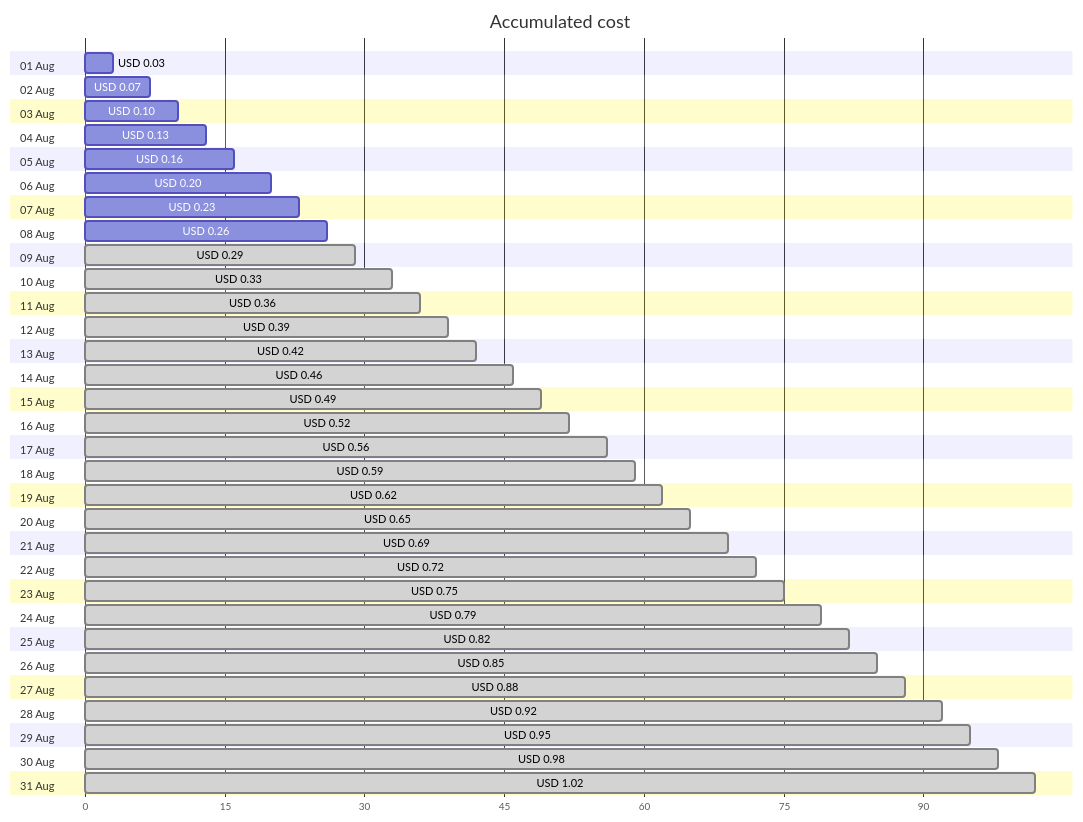
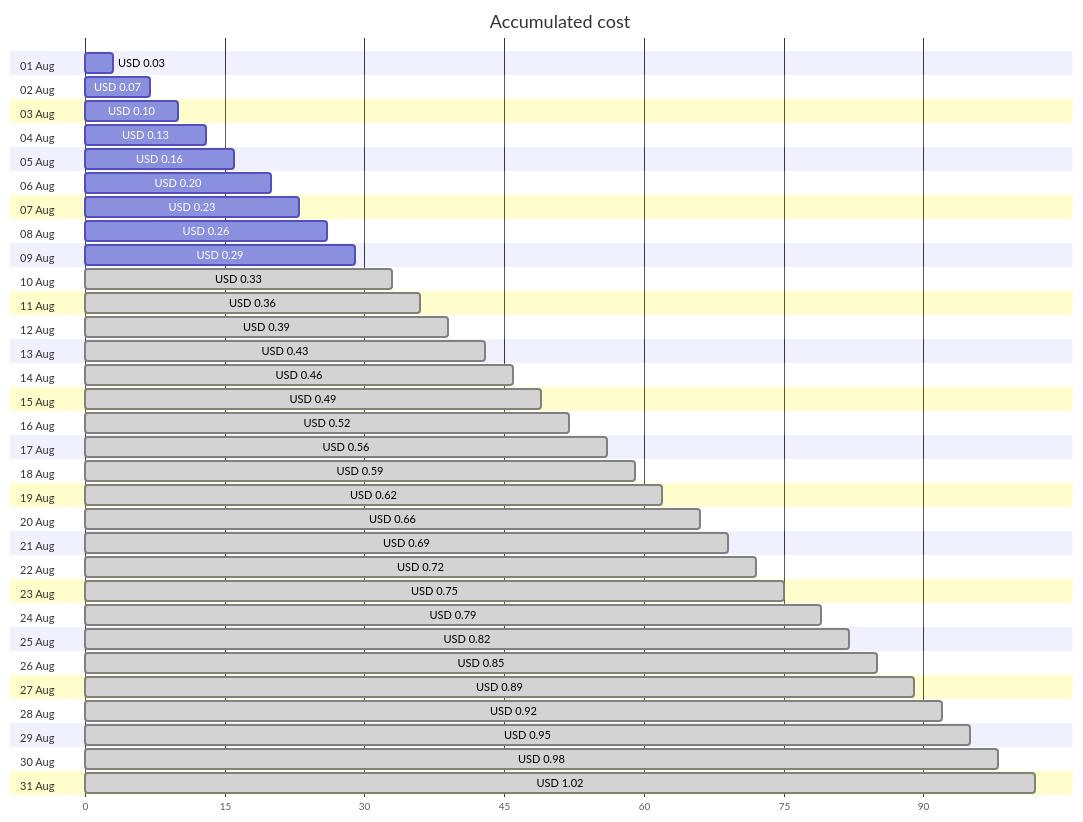
The first of 4 diagrams in cost-reports/personal-dns/README.md (jpfulton/azure-personal-reports), drawn with Mermaid before and after one commit. The commit also changed other lines of this file and 2 other files, not shown here.

````diff
--- a/cost-reports/personal-dns/README.md
+++ b/cost-reports/personal-dns/README.md
@@ -20,68 +20,68 @@
 ```mermaid
 gantt
    title Accumulated cost
    dateFormat  X
    axisFormat %s
    section 01 Aug
    USD 0.03 :0, 3
    section 02 Aug
    USD 0.07 :0, 7
    section 03 Aug
    USD 0.10 :0, 10
    section 04 Aug
    USD 0.13 :0, 13
    section 05 Aug
    USD 0.16 :0, 16
    section 06 Aug
    USD 0.20 :0, 20
    section 07 Aug
    USD 0.23 :0, 23
    section 08 Aug
    USD 0.26 :0, 26
    section 09 Aug
-   USD 0.29 : done, 0, 29
+   USD 0.29 :0, 29
    section 10 Aug
    USD 0.33 : done, 0, 33
    section 11 Aug
    USD 0.36 : done, 0, 36
    section 12 Aug
    USD 0.39 : done, 0, 39
    section 13 Aug
-   USD 0.42 : done, 0, 42
+   USD 0.43 : done, 0, 43
    section 14 Aug
    USD 0.46 : done, 0, 46
    section 15 Aug
    USD 0.49 : done, 0, 49
    section 16 Aug
    USD 0.52 : done, 0, 52
    section 17 Aug
    USD 0.56 : done, 0, 56
    section 18 Aug
    USD 0.59 : done, 0, 59
    section 19 Aug
    USD 0.62 : done, 0, 62
    section 20 Aug
-   USD 0.65 : done, 0, 65
+   USD 0.66 : done, 0, 66
    section 21 Aug
    USD 0.69 : done, 0, 69
    section 22 Aug
    USD 0.72 : done, 0, 72
    section 23 Aug
    USD 0.75 : done, 0, 75
    section 24 Aug
    USD 0.79 : done, 0, 79
    section 25 Aug
    USD 0.82 : done, 0, 82
    section 26 Aug
    USD 0.85 : done, 0, 85
    section 27 Aug
-   USD 0.88 : done, 0, 88
+   USD 0.89 : done, 0, 89
    section 28 Aug
    USD 0.92 : done, 0, 92
    section 29 Aug
    USD 0.95 : done, 0, 95
    section 30 Aug
    USD 0.98 : done, 0, 98
    section 31 Aug
    USD 1.02 : done, 0, 102
 ```
````
